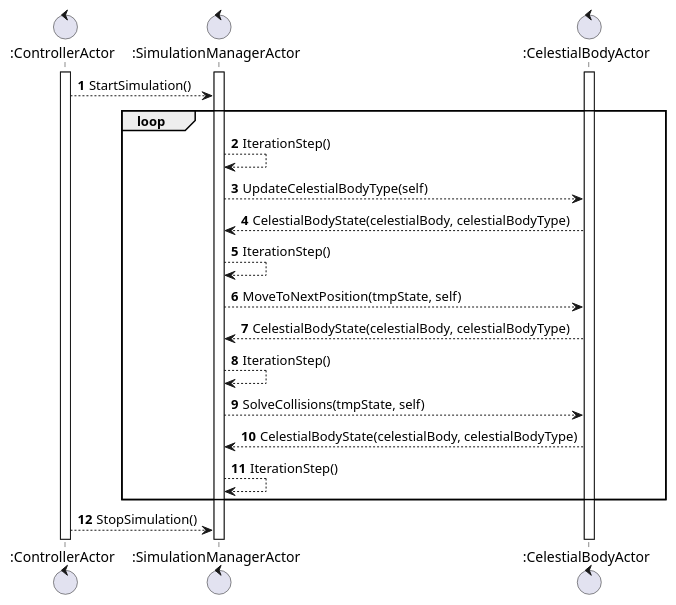
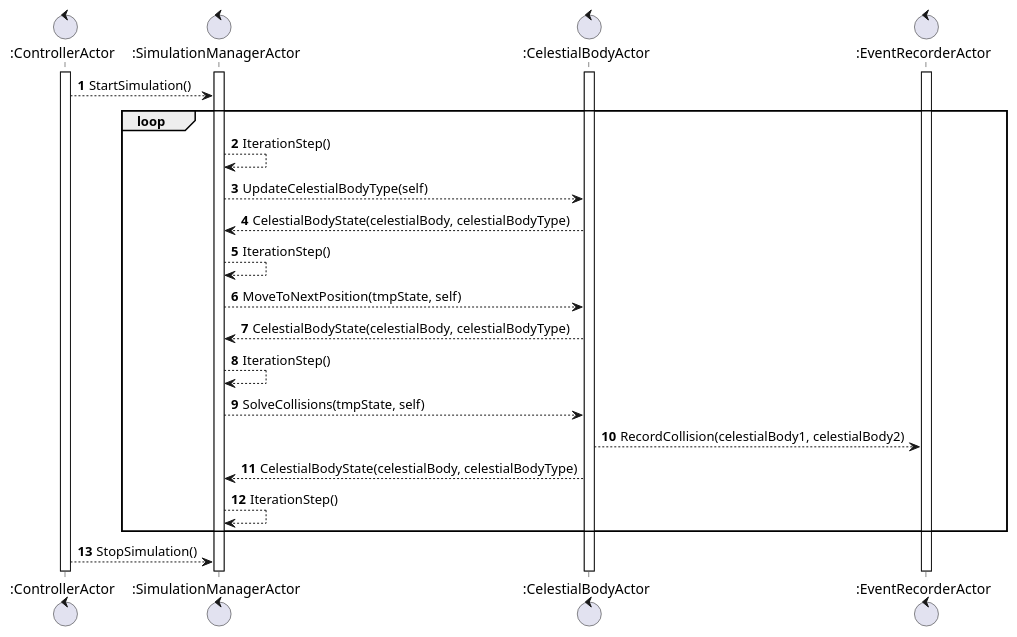
The diagram in uml_diagrams/actors_simulation_loop_sequence.puml (FilippoVissani/PPS-22-galaxy-sim), drawn with PlantUML before and after one commit. The commit also changed 22 other files, not shown here.

Commit message:
Restructured actors diagrams in chapters 4 and 5

```diff
--- a/uml_diagrams/actors_simulation_loop_sequence.puml
+++ b/uml_diagrams/actors_simulation_loop_sequence.puml
@@ -1,29 +1,32 @@
 @startuml
 autonumber
 
 control ":ControllerActor" as controller
 control ":SimulationManagerActor" as simulationManager
 control ":CelestialBodyActor" as celestialBody
+control ":EventRecorderActor" as eventRecorder
 
 activate controller
 activate simulationManager
 activate celestialBody
+activate eventRecorder
 
 controller --> simulationManager: StartSimulation()
 
 loop
     simulationManager --> simulationManager: IterationStep()
     simulationManager --> celestialBody: UpdateCelestialBodyType(self)
     celestialBody --> simulationManager: CelestialBodyState(celestialBody, celestialBodyType)
     simulationManager --> simulationManager: IterationStep()
     simulationManager --> celestialBody: MoveToNextPosition(tmpState, self)
     celestialBody --> simulationManager: CelestialBodyState(celestialBody, celestialBodyType)
     simulationManager --> simulationManager: IterationStep()
     simulationManager --> celestialBody: SolveCollisions(tmpState, self)
+    celestialBody --> eventRecorder: RecordCollision(celestialBody1, celestialBody2)
     celestialBody --> simulationManager: CelestialBodyState(celestialBody, celestialBodyType)
     simulationManager --> simulationManager: IterationStep()
 end
 
 controller --> simulationManager: StopSimulation()
 
 @enduml
```
